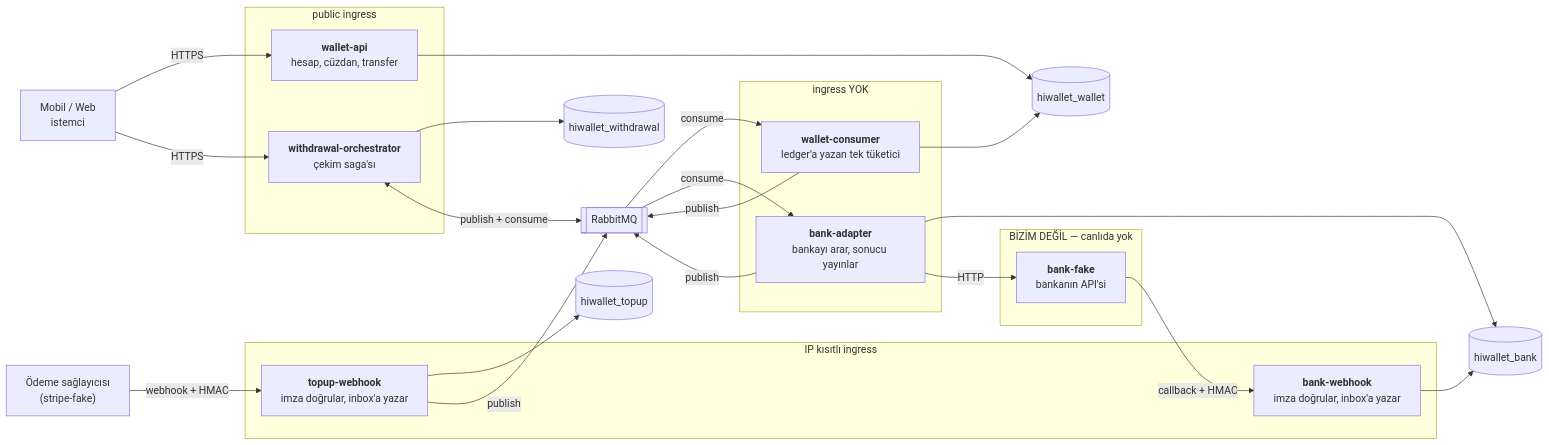
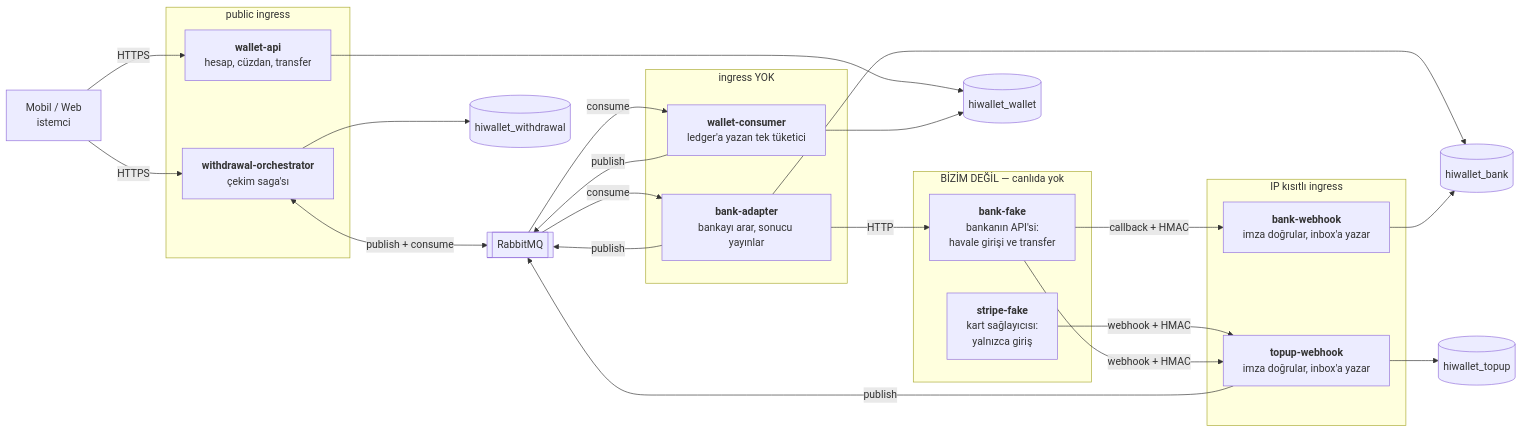
One commit to firate/HiWallet changed the first of 4 diagrams in docs/architecture.md. Above: the diagram before and after it, drawn with Mermaid. The commit also changed other lines of this file, not shown here.

First line of the commit message:
docs(architecture): dört bulgu düzeltildi

````diff
--- a/docs/architecture.md
+++ b/docs/architecture.md
@@ -13,52 +13,53 @@
 ```mermaid
 flowchart LR
     client["Mobil / Web<br/>istemci"]
-    provider["Ödeme sağlayıcısı<br/>(stripe-fake)"]
 
     subgraph public["public ingress"]
         api["<b>wallet-api</b><br/>hesap, cüzdan, transfer"]
         orch["<b>withdrawal-orchestrator</b><br/>çekim saga'sı"]
     end
 
     subgraph restricted["IP kısıtlı ingress"]
         hook["<b>topup-webhook</b><br/>imza doğrular, inbox'a yazar"]
         bhook["<b>bank-webhook</b><br/>imza doğrular, inbox'a yazar"]
     end
 
     subgraph noingress["ingress YOK"]
         consumer["<b>wallet-consumer</b><br/>ledger'a yazan tek tüketici"]
         adapter["<b>bank-adapter</b><br/>bankayı arar, sonucu yayınlar"]
     end
 
     subgraph outside["BİZİM DEĞİL — canlıda yok"]
-        bank["<b>bank-fake</b><br/>bankanın API'si"]
+        bank["<b>bank-fake</b><br/>bankanın API'si:<br/>havale girişi ve transfer"]
+        stripe["<b>stripe-fake</b><br/>kart sağlayıcısı:<br/>yalnızca giriş"]
     end
 
     mq[["RabbitMQ"]]
 
     wdb[("hiwallet_wallet")]
     tdb[("hiwallet_topup")]
     odb[("hiwallet_withdrawal")]
     bdb[("hiwallet_bank")]
 
     client -->|HTTPS| api
     client -->|HTTPS| orch
-    provider -->|"webhook + HMAC"| hook
+    stripe -->|"webhook + HMAC"| hook
+    bank -->|"webhook + HMAC"| hook
     bank -->|"callback + HMAC"| bhook
 
     api --> wdb
     consumer --> wdb
     hook --> tdb
     orch --> odb
     adapter --> bdb
     bhook --> bdb
 
     adapter -->|"HTTP"| bank
 
     hook -->|publish| mq
     orch <-->|"publish + consume"| mq
     mq -->|consume| consumer
     consumer -->|publish| mq
     mq -->|consume| adapter
     adapter -->|publish| mq
 ```
````
